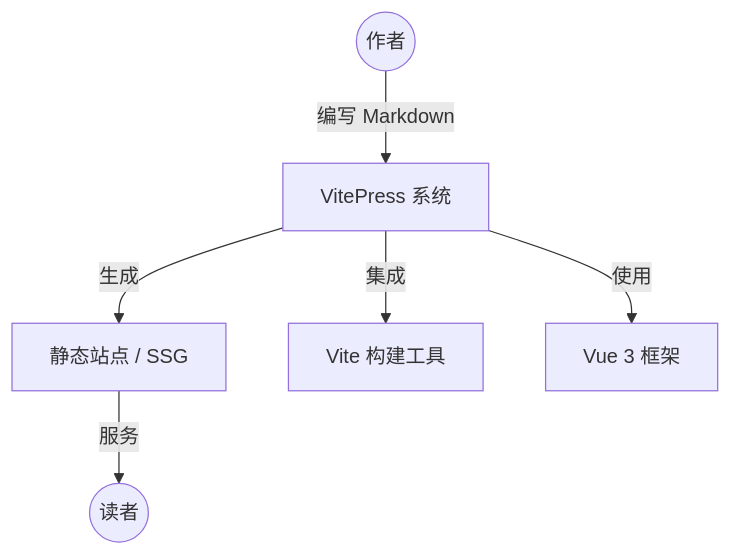
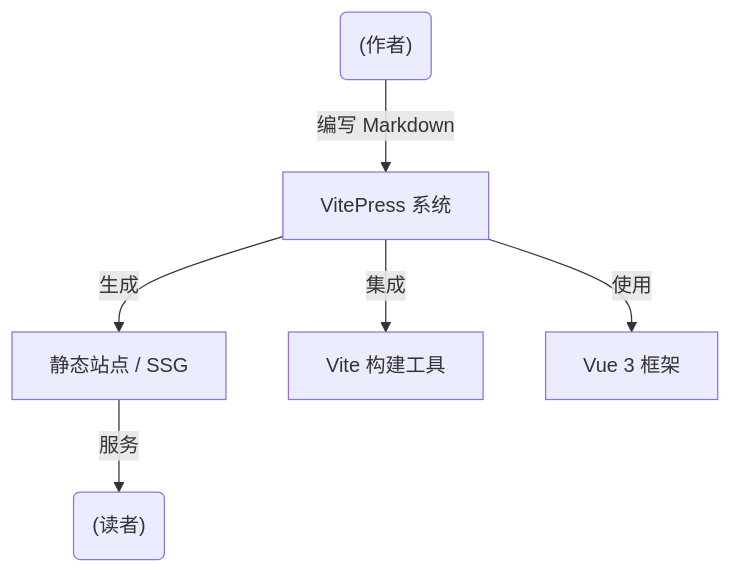
The first of 4 diagrams in docs/md/architecture/core-principles.md (dantefung/nova-vault-studio), drawn with Mermaid before and after one commit. The commit also changed 3 other files, not shown here.

````diff
--- a/docs/md/architecture/core-principles.md
+++ b/docs/md/architecture/core-principles.md
@@ -10,8 +10,8 @@
 ```mermaid
 graph TD
-  User((作者)) -->|编写 Markdown| VP[VitePress 系统]
+  User("(作者)") -->|编写 Markdown| VP[VitePress 系统]
   VP -->|生成| Site[静态站点 / SSG]
-  Site -->|服务| Reader((读者))
+  Site -->|服务| Reader("(读者)")
   VP -->|集成| Vite[Vite 构建工具]
   VP -->|使用| Vue[Vue 3 框架]
 ```
````
